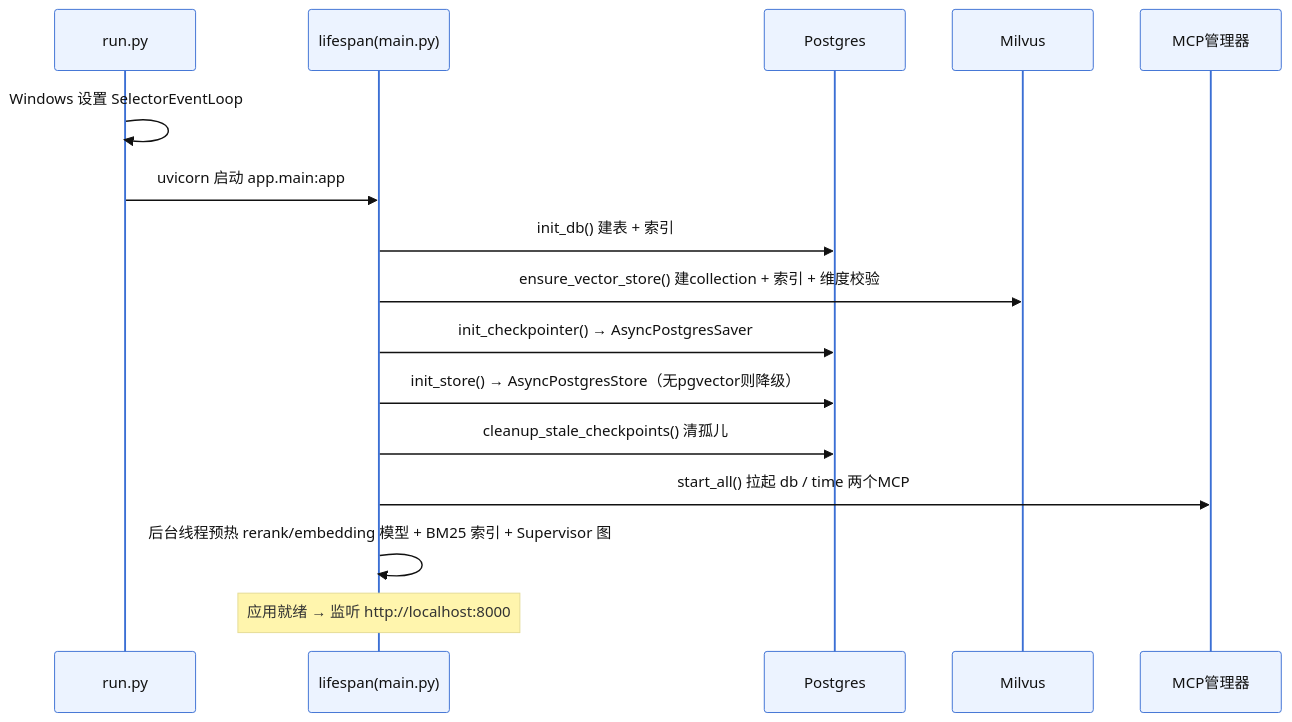
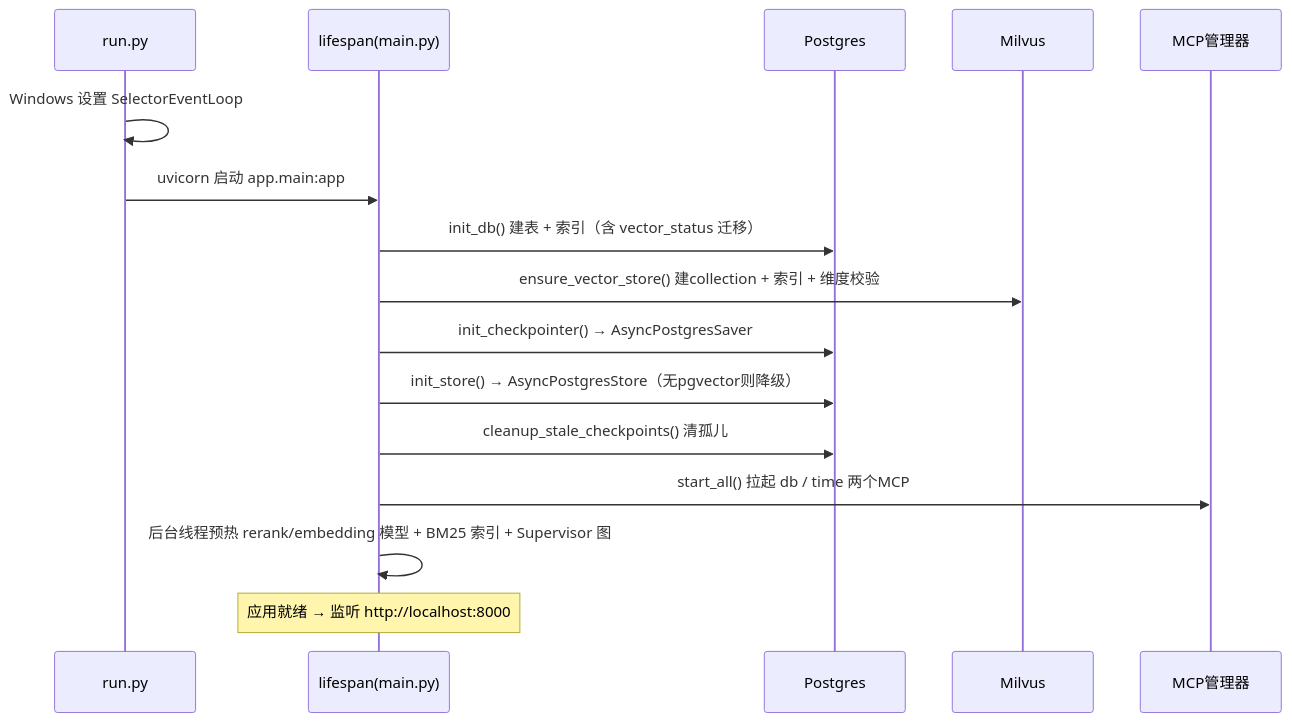
One commit to Zhuliqx/Agentchat changed the second of 3 diagrams in docs/EXPLAIN.md. Above: the diagram before and after it, drawn with Mermaid. The commit also changed other lines of this file and 21 other files, not shown here.

Commit message:
docs: 文档重构——新增文档地图/唯一基线/实验快照，面试向内容拆分，接入漂移检查

````diff
--- a/docs/EXPLAIN.md
+++ b/docs/EXPLAIN.md
@@ -135,19 +69,18 @@
 ```mermaid
-%%{init: {"theme":"base", "themeVariables": {"primaryColor":"#ecf3ff", "primaryBorderColor":"#3b6fd4", "primaryTextColor":"#111", "lineColor":"#7a7a7a", "fontSize":"14px", "clusterBkg":"#f7f8fa", "clusterBorder":"#c4c9d2", "secondaryColor":"#fef9ef", "tertiaryColor":"#f2f7f2", "actorBkg":"#ecf3ff", "actorBorder":"#3b6fd4", "noteBkg":"#fef9ef"}}}%%
 sequenceDiagram
     participant U as run.py
     participant L as lifespan(main.py)
     participant DB as Postgres
     participant MV as Milvus
     participant M as MCP管理器
     U->>U: Windows 设置 SelectorEventLoop
     U->>L: uvicorn 启动 app.main:app
-    L->>DB: init_db() 建表 + 索引
+    L->>DB: init_db() 建表 + 索引（含 vector_status 迁移）
     L->>MV: ensure_vector_store() 建collection + 索引 + 维度校验
     L->>DB: init_checkpointer() → AsyncPostgresSaver
     L->>DB: init_store() → AsyncPostgresStore（无pgvector则降级）
     L->>DB: cleanup_stale_checkpoints() 清孤儿
     L->>M: start_all() 拉起 db / time 两个MCP
     L->>L: 后台线程预热 rerank/embedding 模型 + BM25 索引 + Supervisor 图
     Note over L: 应用就绪 → 监听 http://localhost:8000
 ```
````
